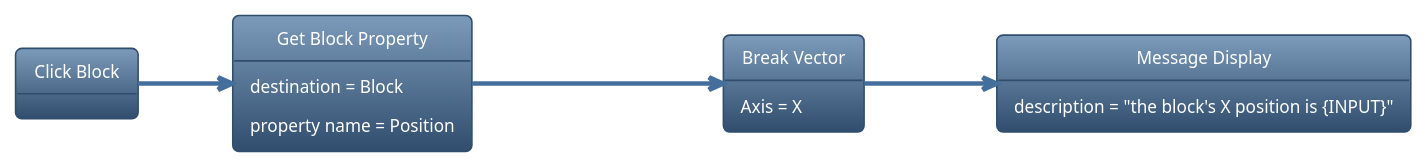
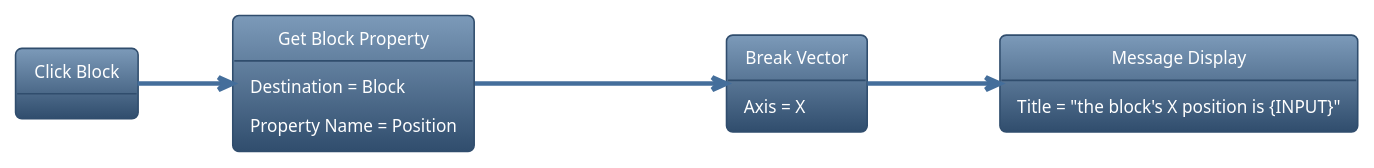
The fifth of 12 diagrams in Logic.md (chokes-Web-Repositories/Wubby-WikiJS), drawn with PlantUML before and after one commit. The commit also changed other lines of this file, not shown here.

````diff
--- a/Logic.md
+++ b/Logic.md
@@ -229,21 +229,21 @@
 ```plantuml
 @startuml
 !theme spacelab
 left to right direction
 object "Click Block" as CB
 object "Get Block Property" as CBP {
- 	destination = Block
-  property name = Position
+ 	Destination = Block
+  Property Name = Position
 }
 object "Break Vector" as BV
 object "Message Display" as MD
 
-MD : description = "the block's X position is {INPUT}"
+MD : Title = "the block's X position is {INPUT}"
 BV : Axis = X
 
 CB --> CBP 
 CBP --> BV: this block's \npos is (10, 2, 41)
 BV --> MD: 10 
 
 @enduml
 ```
````
